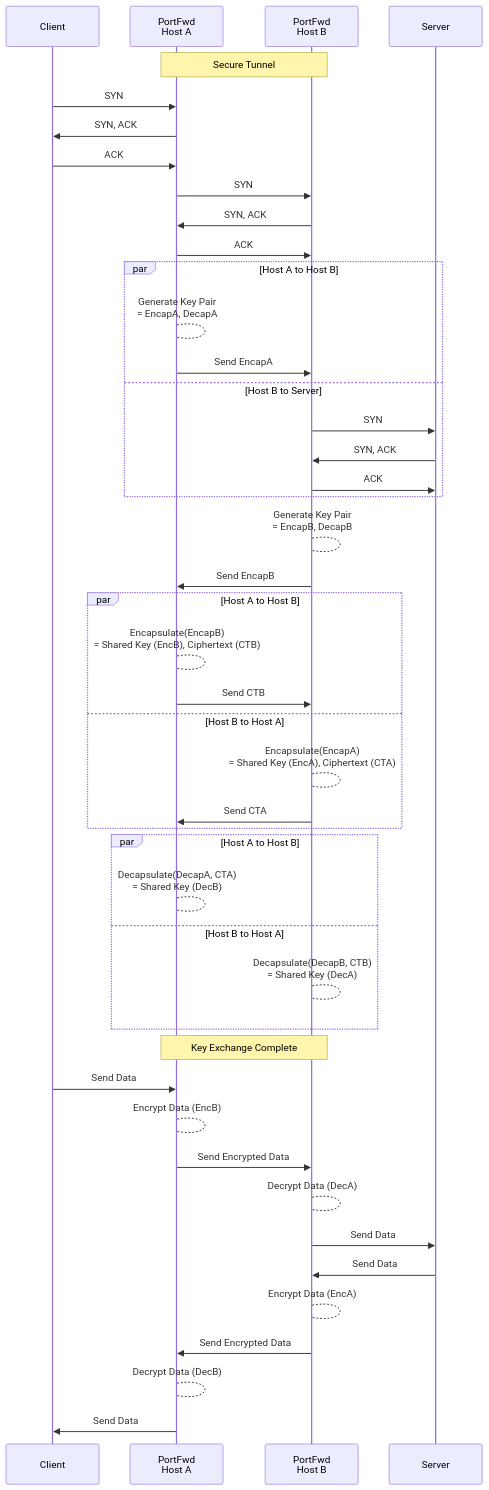
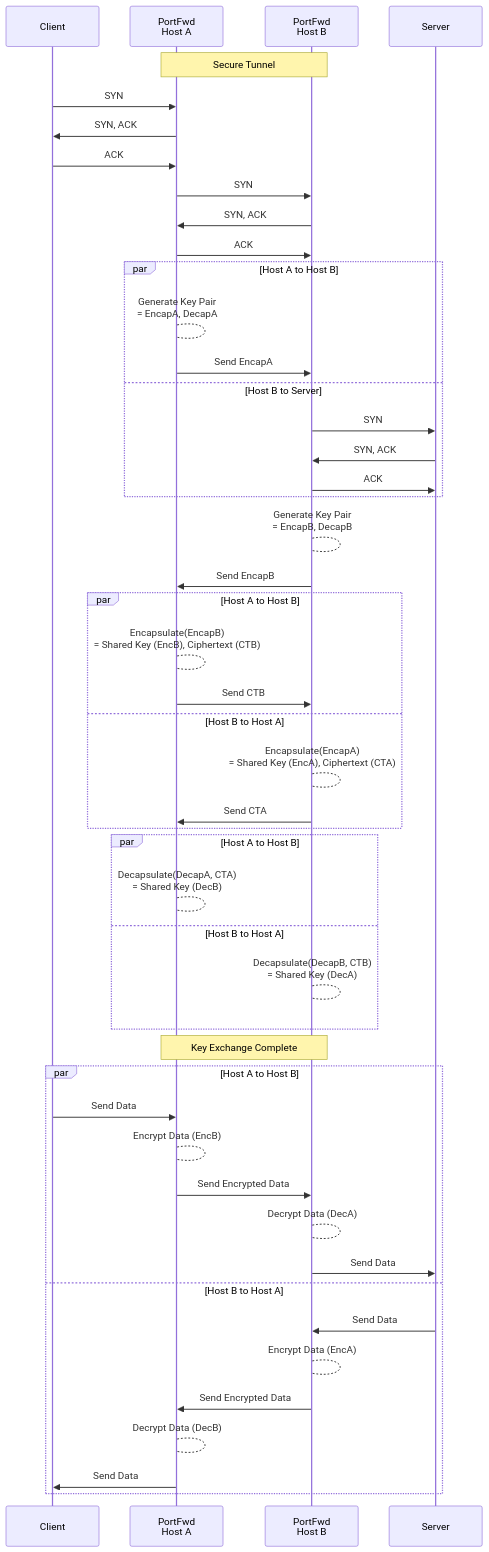
One commit to cmason3/portfwd changed the diagram in README.md. Above: the diagram before and after it, drawn with Mermaid.

````diff
--- a/README.md
+++ b/README.md
@@ -32,54 +32,56 @@
 ```mermaid
 sequenceDiagram
     participant C as Client
     participant A as PortFwd<br />Host A
     participant B as PortFwd<br />Host B
     participant S as Server
     Note over A,B: Secure Tunnel
     C->>A: SYN
     A->>C: SYN, ACK
     C->>A: ACK
     A->>B: SYN
     B->>A: SYN, ACK
     A->>B: ACK
 
     par Host A to Host B
       A-->A: Generate Key Pair<br />= EncapA, DecapA
       A->>B: Send EncapA
     and Host B to Server
       B->>S: SYN
       S->>B: SYN, ACK
       B->>S: ACK
     end
 
     B-->B: Generate Key Pair<br />= EncapB, DecapB
     B->>A: Send EncapB
 
     par Host A to Host B
       A-->A: Encapsulate(EncapB)<br />= Shared Key (EncB), Ciphertext (CTB)
       A->>B: Send CTB
     and Host B to Host A
       B-->B: Encapsulate(EncapA)<br />= Shared Key (EncA), Ciphertext (CTA)
       B->>A: Send CTA
     end
 
     par Host A to Host B
       A-->A: Decapsulate(DecapA, CTA)<br /> = Shared Key (DecB)
     and Host B to Host A
       B-->B: Decapsulate(DecapB, CTB)<br /> = Shared Key (DecA)
     end
 
     Note over A,B: Key Exchange Complete
 
-    C->>A: Send Data
-    A-->A: Encrypt Data (EncB)
-    A->>B: Send Encrypted Data
-    B-->B: Decrypt Data (DecA)
-    B->>S: Send Data
-
-    S->>B: Send Data
-    B-->B: Encrypt Data (EncA)
-    B->>A: Send Encrypted Data
-    A-->A: Decrypt Data (DecB)
-    A->>C: Send Data
+    par Host A to Host B
+      C->>A: Send Data
+      A-->A: Encrypt Data (EncB)
+      A->>B: Send Encrypted Data
+      B-->B: Decrypt Data (DecA)
+      B->>S: Send Data
+    and Host B to Host A
+      S->>B: Send Data
+      B-->B: Encrypt Data (EncA)
+      B->>A: Send Encrypted Data
+      A-->A: Decrypt Data (DecB)
+      A->>C: Send Data
+    end
 ```
````
